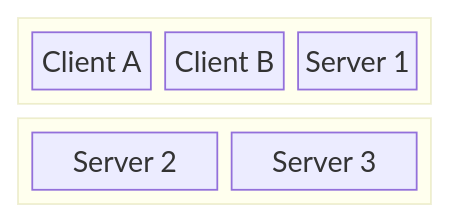
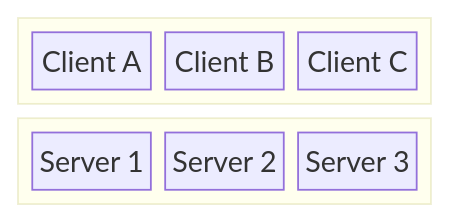
The diagram in slidegenerator/mermaid/cluster_diagram.md (jan379/quobyte-presales), drawn with Mermaid before and after one commit.

````diff
--- a/slidegenerator/mermaid/cluster_diagram.md
+++ b/slidegenerator/mermaid/cluster_diagram.md
@@ -3,16 +3,14 @@
 ```mermaid
-block-beta
+block
 columns 1
   block:Compute
-    columns 3
     A["Client A"]
     B["Client B"]
     C["Client C"]
   end
   block:Storage
-    columns 3
-    C["Server 1"]
-    D["Server 2"]
-    E["Server 3"]
+    D["Server 1"]
+    E["Server 2"]
+    F["Server 3"]
   end
 ```
````
